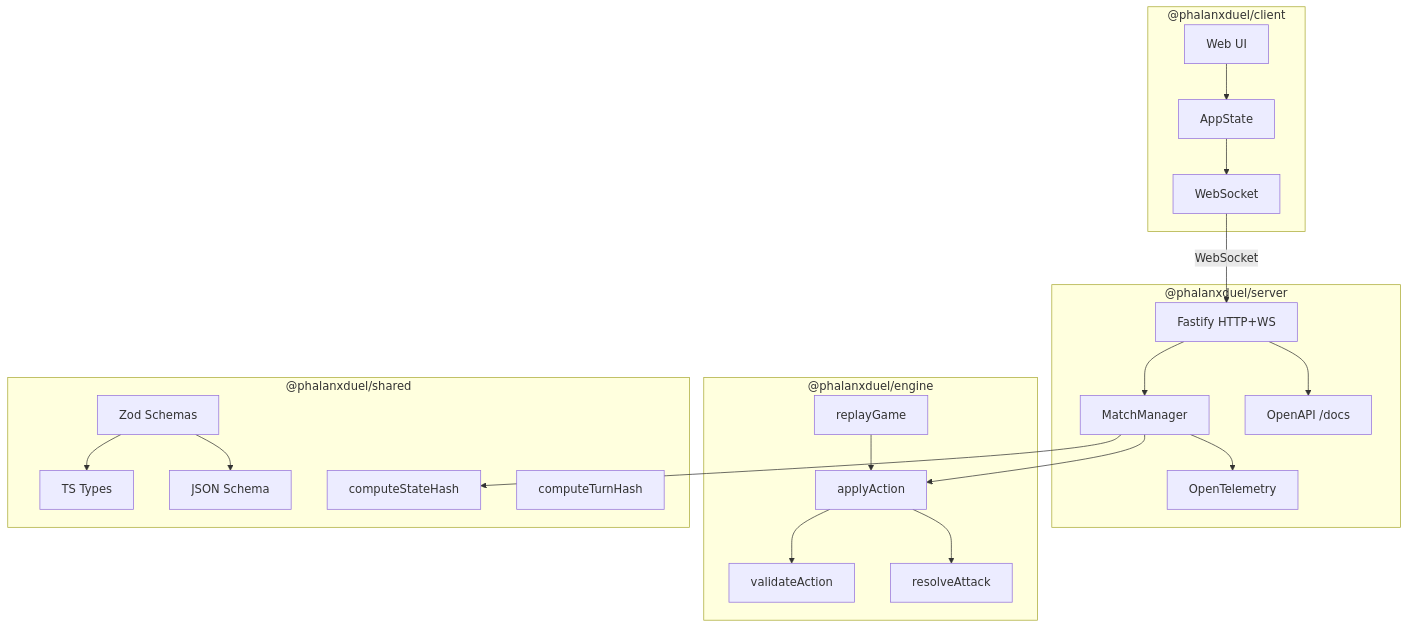
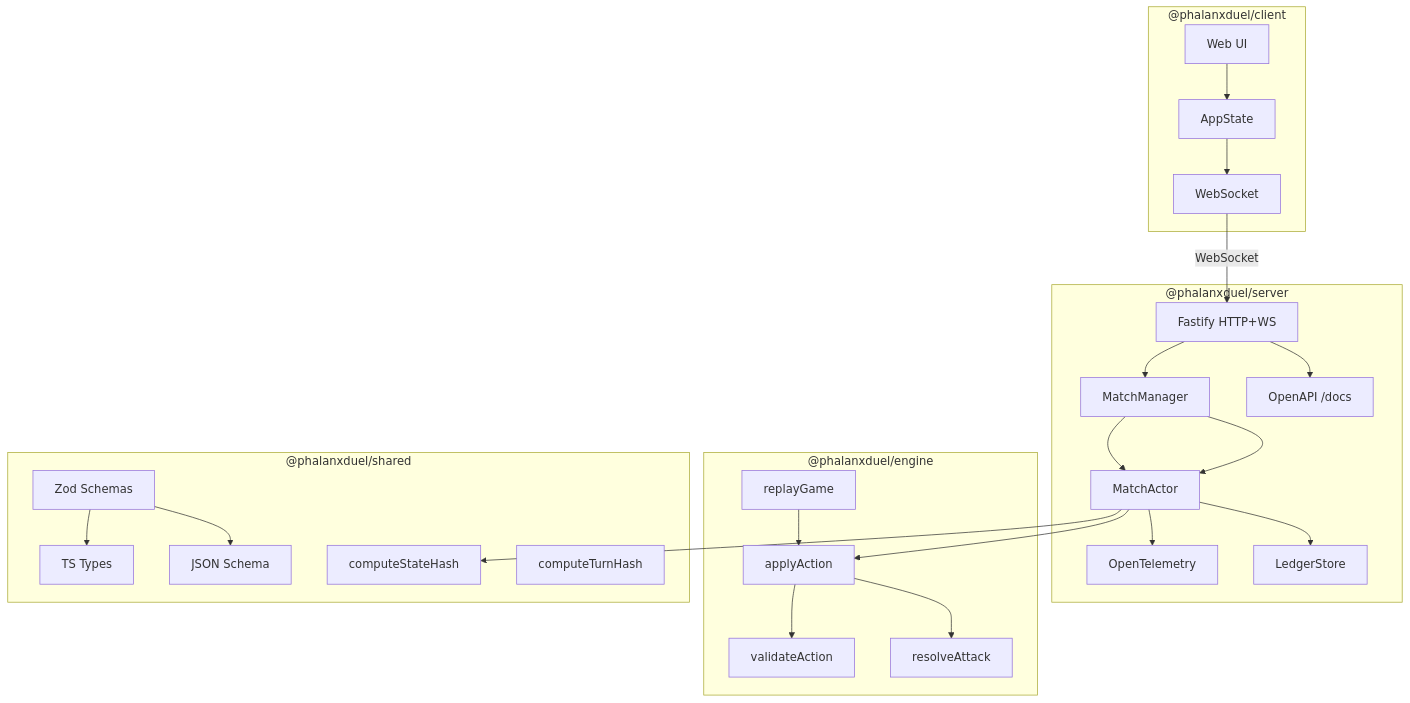
One commit to phalanxduel/phalanxduel changed the diagram in docs/architecture/principles.md. Above: the diagram before and after it, drawn with Mermaid. The commit also changed other lines of this file and 10 other files, not shown here.

````diff
--- a/docs/architecture/principles.md
+++ b/docs/architecture/principles.md
@@ -21,26 +21,29 @@
 ```mermaid
 graph TB
     subgraph Client["@phalanxduel/client"]
         UI[Web UI] --> State[AppState]
         State --> Conn[WebSocket]
     end
     subgraph Server["@phalanxduel/server"]
         App[Fastify HTTP+WS] --> MM[MatchManager]
+        MM --> Actor[MatchActor]
+        Actor --> OTel[OpenTelemetry]
+        Actor --> Ledger[LedgerStore]
         App --> OA[OpenAPI /docs]
-        MM --> OTel[OpenTelemetry]
     end
     subgraph Engine["@phalanxduel/engine"]
         Apply[applyAction] --> Validate[validateAction]
         Apply --> Combat[resolveAttack]
         Replay[replayGame] --> Apply
     end
     subgraph Shared["@phalanxduel/shared"]
         Schemas[Zod Schemas] --> Types[TS Types]
         Schemas --> JSON[JSON Schema]
         Hash[computeStateHash]
         TurnHash[computeTurnHash]
     end
     Conn -->|WebSocket| App
-    MM --> Apply
-    MM --> Hash
+    MM --> Actor
+    Actor --> Apply
+    Actor --> Hash
 ```
````
